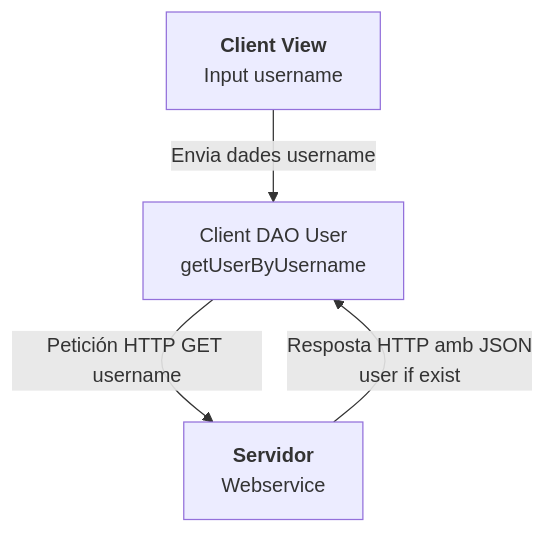
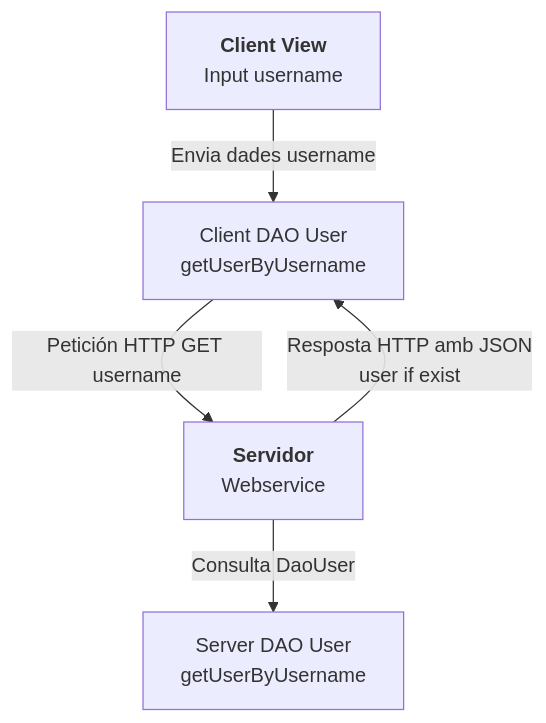
One commit to mactiburon/tapatapp changed the diagram in DiagramaPrototip1.mermaid. Above: the diagram before and after it, drawn with Mermaid.

Commit message:
DiagramaPrototip1.mermaid

```diff
--- a/DiagramaPrototip1.mermaid
+++ b/DiagramaPrototip1.mermaid
@@ -1,4 +1,5 @@
 flowchart TD
     A[<b>Client View</b> <br> Input username] -->|Envia dades username| B[Client DAO User<br> getUserByUsername]
     B -->|Petición HTTP GET username| C[<b>Servidor</b> <br> Webservice]
     C -->|Resposta HTTP amb JSON<br>user if exist| B
+    C -->|Consulta DaoUser| D[Server DAO User<br> getUserByUsername]
```
